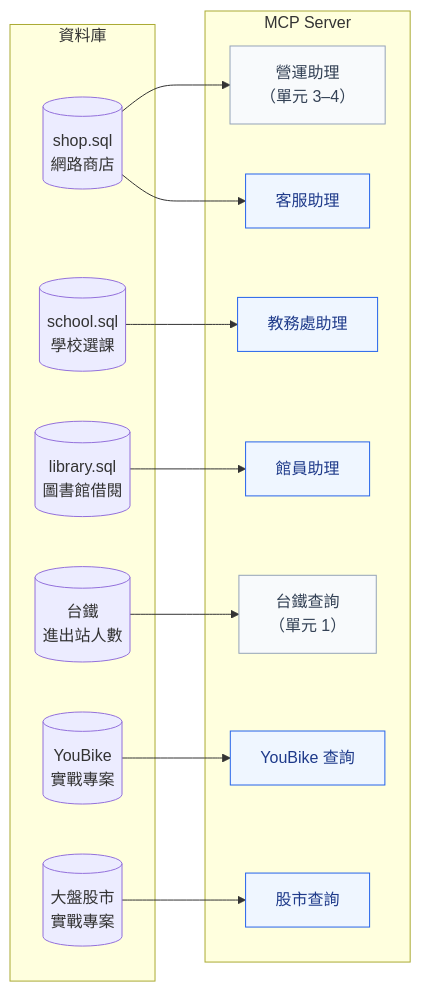
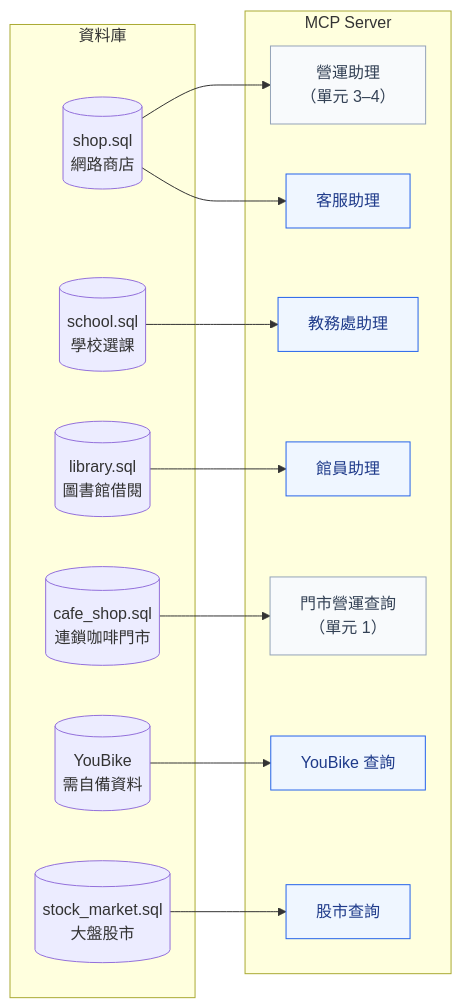
Before and after one commit to roberthsu2003/postgreSQL_MCP: the first of 2 diagrams in mcp_server/5_範例集/README.md, drawn with Mermaid. The commit also changed other lines of this file and 67 other files, not shown here.

````diff
--- a/mcp_server/5_範例集/README.md
+++ b/mcp_server/5_範例集/README.md
@@ -7,32 +7,32 @@
 ```mermaid
 flowchart LR
     subgraph 資料庫
         SHOP[("shop.sql<br/>網路商店")]
         SCHOOL[("school.sql<br/>學校選課")]
         LIB[("library.sql<br/>圖書館借閱")]
-        TRA[("台鐵<br/>進出站人數")]
-        YB[("YouBike<br/>實戰專案")]
-        STK[("大盤股市<br/>實戰專案")]
+        CAFE[("cafe_shop.sql<br/>連鎖咖啡門市")]
+        YB[("YouBike<br/>需自備資料")]
+        STK[("stock_market.sql<br/>大盤股市")]
     end
     subgraph MCP Server
         E0["營運助理<br/>（單元 3–4）"]
         E1["客服助理"]
         E2["教務處助理"]
         E3["館員助理"]
-        E4["台鐵查詢<br/>（單元 1）"]
+        E4["門市營運查詢<br/>（單元 1）"]
         E5["YouBike 查詢"]
         E6["股市查詢"]
     end
     SHOP --> E0
     SHOP --> E1
     SCHOOL --> E2
     LIB --> E3
-    TRA --> E4
+    CAFE --> E4
     YB --> E5
     STK --> E6
 
     classDef here fill:#eff6ff,stroke:#2563eb,color:#1e3a8a
     classDef other fill:#f8fafc,stroke:#94a3b8,color:#334155
     class E1,E2,E3,E5,E6 here
     class E0,E4 other
 ```
````
